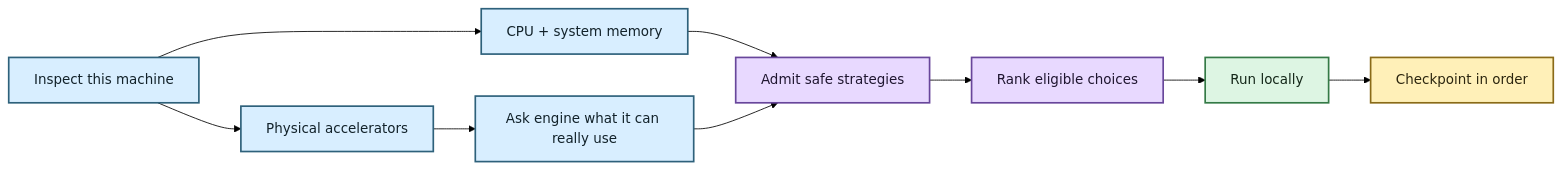
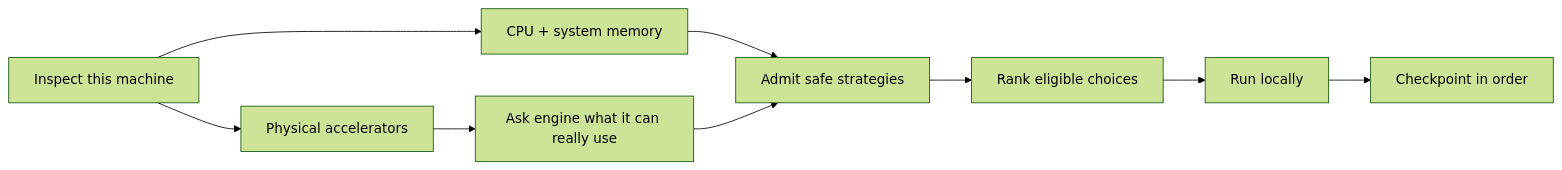
One commit to SSD1805/EchoFlow changed the first of 2 diagrams in docs/architecture/adaptive-heterogeneous-execution.md. Above: the diagram before and after it, drawn with Mermaid (forest theme). The commit also changed 24 other files, not shown here.

Commit message:
docs: normalize Mermaid for GitHub portability

````diff
--- a/docs/architecture/adaptive-heterogeneous-execution.md
+++ b/docs/architecture/adaptive-heterogeneous-execution.md
@@ -26,21 +26,11 @@
 ```mermaid
-flowchart LR
+graph LR;
     A[Inspect this machine] --> B[CPU + system memory]
     A --> C[Physical accelerators]
     C --> D[Ask engine what it can really use]
     B --> E[Admit safe strategies]
     D --> E
     E --> F[Rank eligible choices]
     F --> G[Run locally]
     G --> H[Checkpoint in order]
-
-    classDef inspect fill:#D8EEFF,stroke:#2E617B,stroke-width:2px,color:#12222A
-    classDef decision fill:#E8D9FF,stroke:#68469B,stroke-width:2px,color:#1F1630
-    classDef run fill:#DDF5E3,stroke:#347A46,stroke-width:2px,color:#142719
-    classDef evidence fill:#FFF0B8,stroke:#8A6B18,stroke-width:2px,color:#2C260F
-
-    class A,B,C,D inspect
-    class E,F decision
-    class G run
-    class H evidence
 ```
````
